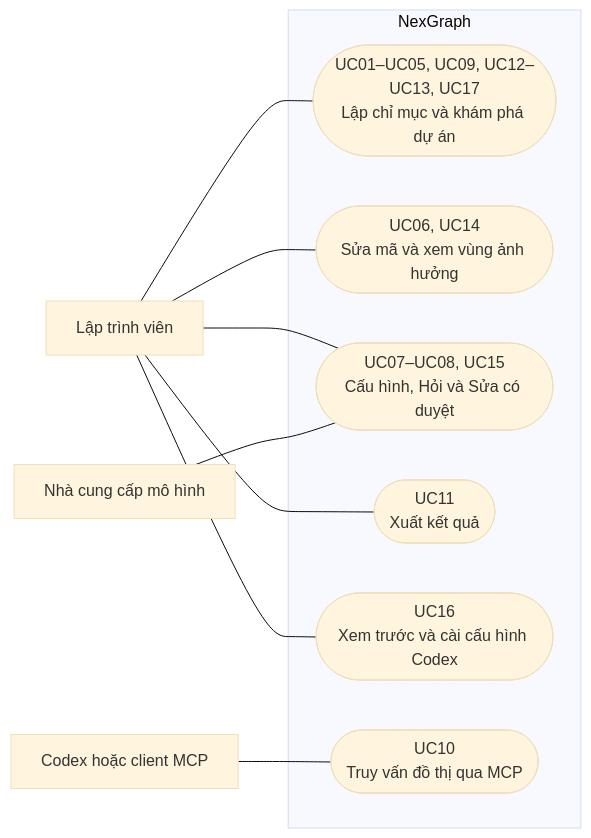
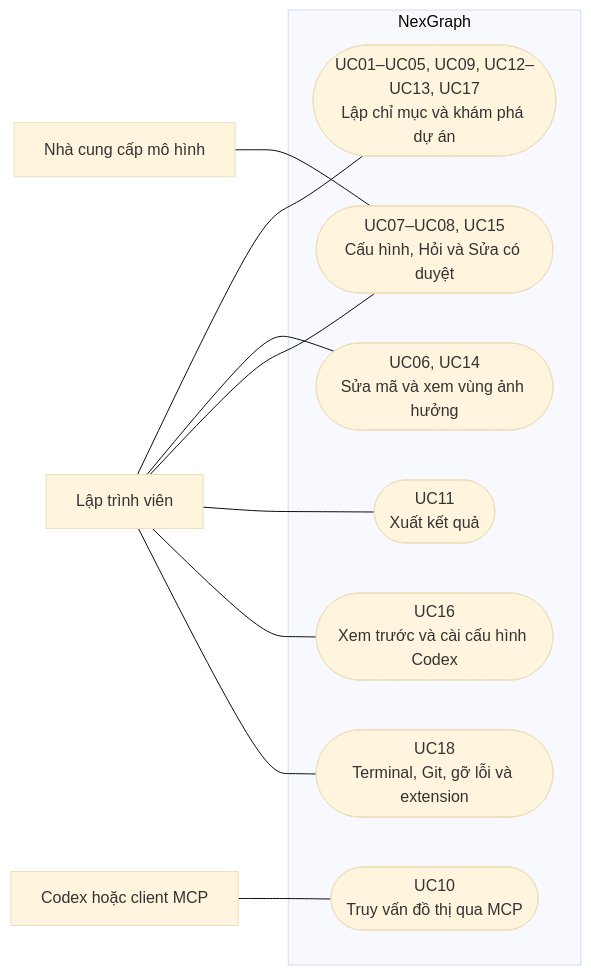
The diagram in docs/srs/SRS.md (twotnguyen/nexgraph), drawn with Mermaid (base theme) before and after one commit. The commit also changed other lines of this file and 4 other files, not shown here.

````diff
--- a/docs/srs/SRS.md
+++ b/docs/srs/SRS.md
@@ -48,21 +49,23 @@
 ```mermaid
 flowchart LR
     Developer["Lập trình viên"]
     Provider["Nhà cung cấp mô hình"]
     Client["Codex hoặc client MCP"]
     subgraph NexGraph
         Explore(["UC01–UC05, UC09, UC12–UC13, UC17<br/>Lập chỉ mục và khám phá dự án"])
         Edit(["UC06, UC14<br/>Sửa mã và xem vùng ảnh hưởng"])
         Agent(["UC07–UC08, UC15<br/>Cấu hình, Hỏi và Sửa có duyệt"])
         Export(["UC11<br/>Xuất kết quả"])
         Integrate(["UC16<br/>Xem trước và cài cấu hình Codex"])
         MCP(["UC10<br/>Truy vấn đồ thị qua MCP"])
+        Tools(["UC18<br/>Terminal, Git, gỡ lỗi và extension"])
     end
     Developer --- Explore
     Developer --- Edit
     Developer --- Agent
     Developer --- Export
     Developer --- Integrate
+    Developer --- Tools
     Provider --- Agent
     Client --- MCP
 ```
````
